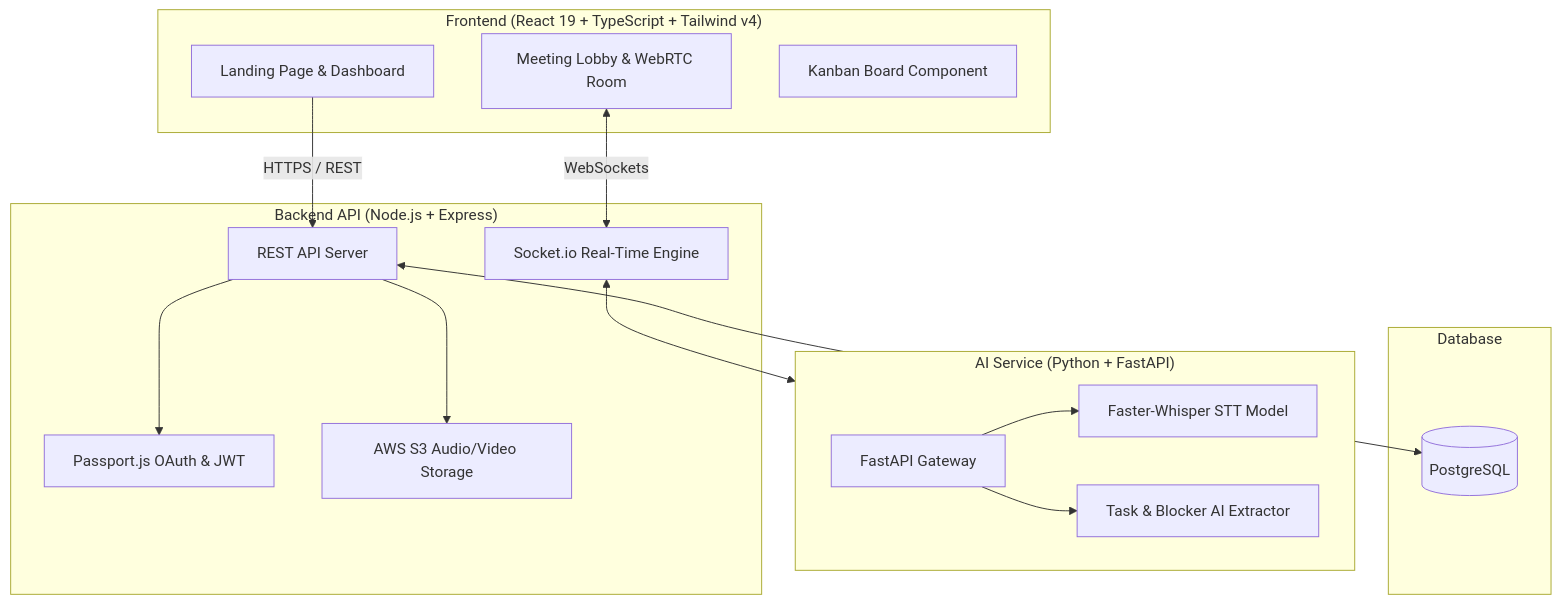
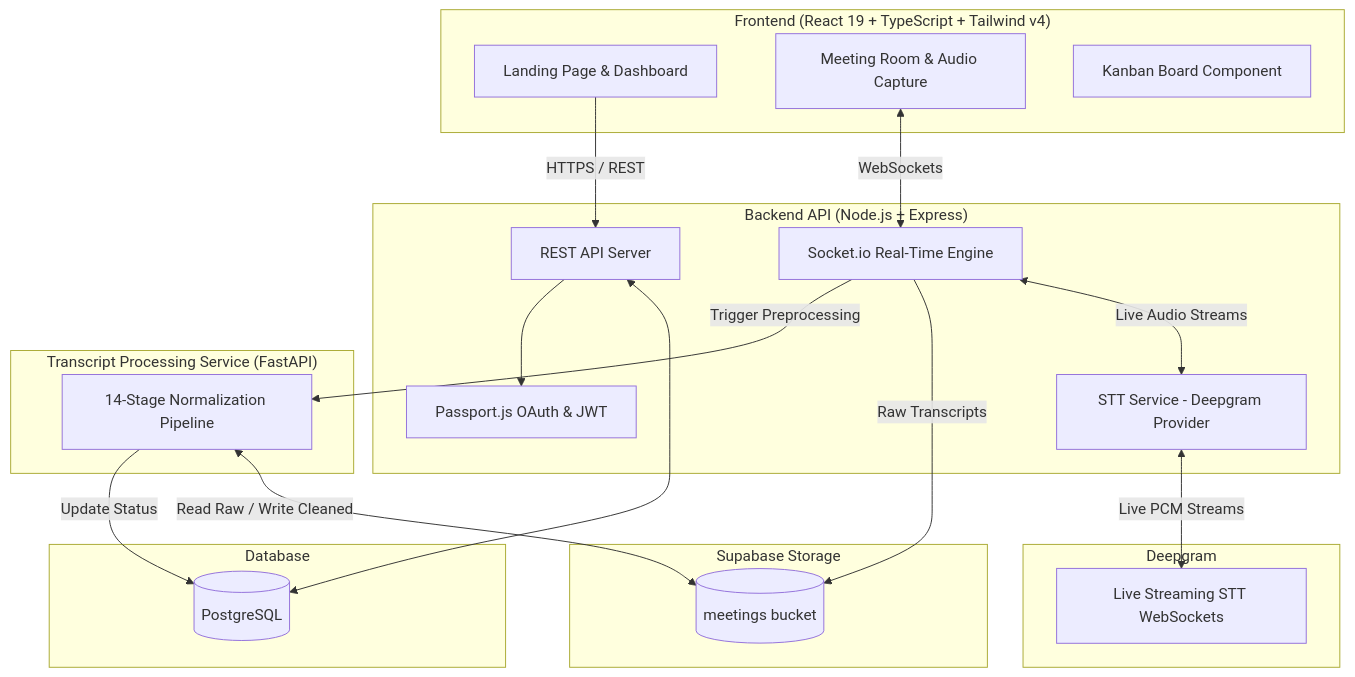
The diagram in README.md (Talaviya-Sarthak/Sprintive), drawn with Mermaid before and after one commit. The commit also changed other lines of this file and 37 other files, not shown here.

Commit message:
Transcript Processing Validated

````diff
--- a/README.md
+++ b/README.md
@@ -26,34 +26,42 @@
 ```mermaid
 flowchart TD
     subgraph Client ["Frontend (React 19 + TypeScript + Tailwind v4)"]
         UI[Landing Page & Dashboard]
-        Lobby[Meeting Lobby & WebRTC Room]
-        Kanban[Kanban Board Component]
+        Lobby[Meeting Room & Audio Capture]
+        Board[Kanban Board Component]
     end
 
     subgraph CoreBackend ["Backend API (Node.js + Express)"]
         API[REST API Server]
         Socket[Socket.io Real-Time Engine]
         Auth[Passport.js OAuth & JWT]
-        S3[AWS S3 Audio/Video Storage]
+        STT[STT Service - Deepgram Provider]
     end
 
-    subgraph AIService ["AI Service (Python + FastAPI)"]
-        FastAPI[FastAPI Gateway]
-        Whisper[Faster-Whisper STT Model]
-        Extractor[Task & Blocker AI Extractor]
+    subgraph ExternalSTT ["Deepgram"]
+        DG[Live Streaming STT WebSockets]
+    end
+
+    subgraph ProcessingService ["Transcript Processing Service (FastAPI)"]
+        Pipeline[14-Stage Normalization Pipeline]
+    end
+
+    subgraph CloudStorage ["Supabase Storage"]
+        Bucket[(meetings bucket)]
     end
 
     subgraph Data ["Database"]
         DB[(PostgreSQL)]
     end
 
     UI -->|HTTPS / REST| API
     Lobby <-->|WebSockets| Socket
+    Socket <-->|Live Audio Streams| STT
+    STT <-->|Live PCM Streams| DG
+    Socket -->|Raw Transcripts| Bucket
+    Socket -->|Trigger Preprocessing| Pipeline
+    Pipeline <-->|Read Raw / Write Cleaned| Bucket
+    Pipeline -->|Update Status| DB
+    API <--> DB
     API --> Auth
-    API <--> DB
-    Socket <--> AIService
-    FastAPI --> Whisper
-    FastAPI --> Extractor
-    API --> S3
 ```
````
